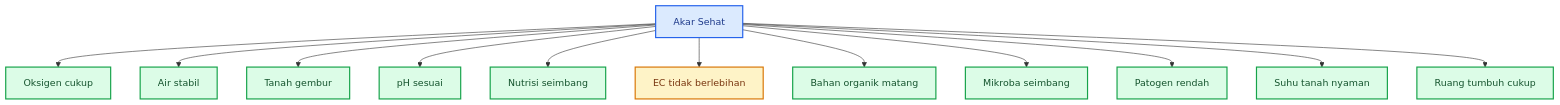
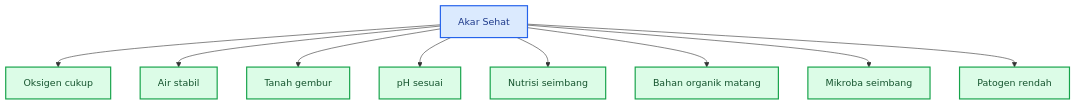
One commit to slametsampon/kawruhnology changed the second of 7 diagrams in content/blog/agri/keseimbangan-akar-dan-tajuk.mdx. Above: the diagram before and after it, drawn with Mermaid. The commit also changed other lines of this file and 2 other files, not shown here.

````diff
--- a/content/blog/agri/keseimbangan-akar-dan-tajuk.mdx
+++ b/content/blog/agri/keseimbangan-akar-dan-tajuk.mdx
@@ -561,22 +239,17 @@
 ```mermaid
 flowchart TB
     A[Akar Sehat] --> B[Oksigen cukup]
     A --> C[Air stabil]
     A --> D[Tanah gembur]
     A --> E[pH sesuai]
     A --> F[Nutrisi seimbang]
-    A --> G[EC tidak berlebihan]
-    A --> H[Bahan organik matang]
-    A --> I[Mikroba seimbang]
-    A --> J[Patogen rendah]
-    A --> K[Suhu tanah nyaman]
-    A --> L[Ruang tumbuh cukup]
+    A --> G[Bahan organik matang]
+    A --> H[Mikroba seimbang]
+    A --> I[Patogen rendah]
 
     classDef main fill:#dbeafe,stroke:#2563eb,color:#1e3a8a,stroke-width:2px;
     classDef need fill:#dcfce7,stroke:#16a34a,color:#14532d,stroke-width:2px;
-    classDef caution fill:#fef3c7,stroke:#d97706,color:#78350f,stroke-width:2px;
 
     class A main;
-    class B,C,D,E,F,H,I,J,K,L need;
-    class G caution;
+    class B,C,D,E,F,G,H,I need;
 ```
````
